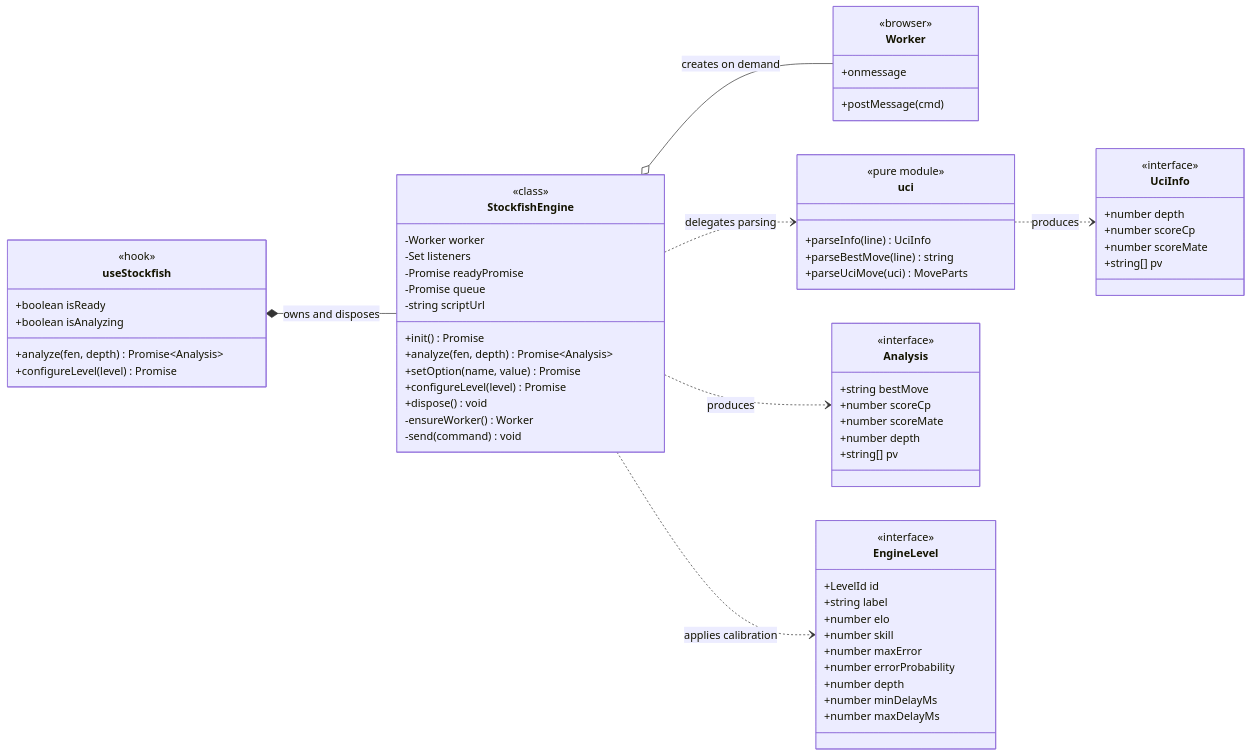
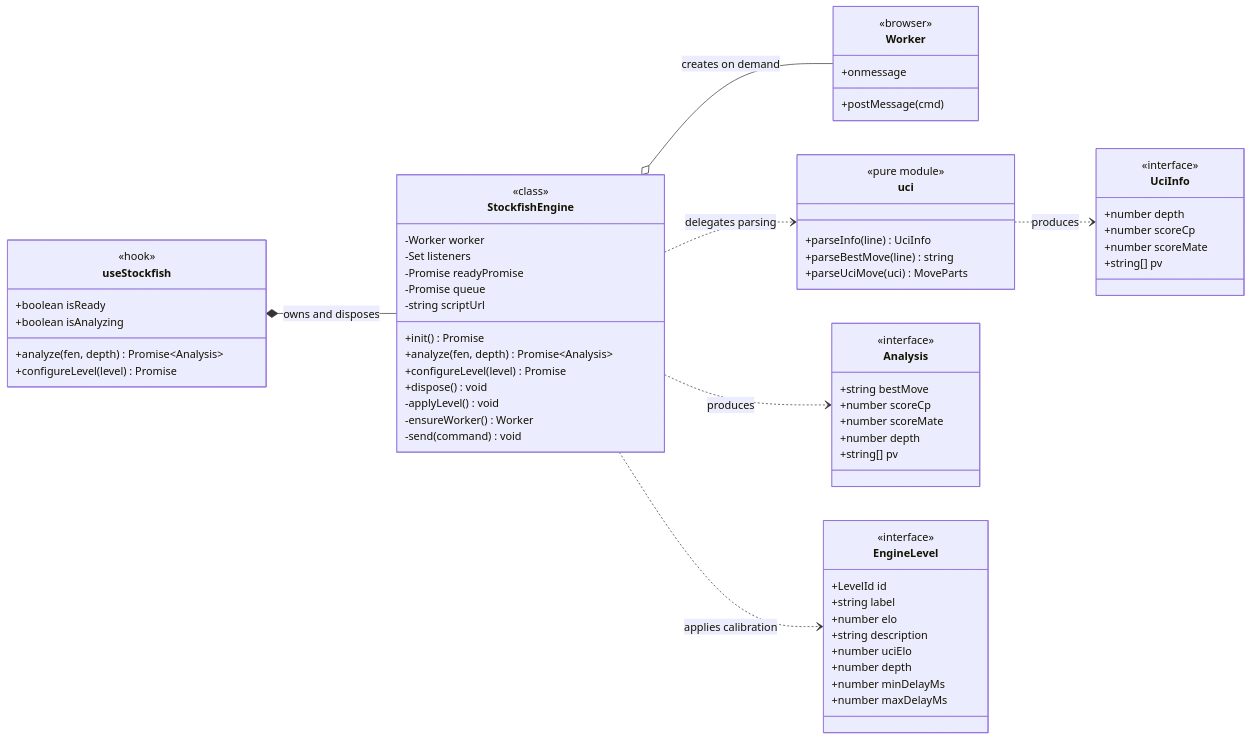
The first of 4 diagrams in docs/architecture.md (Amayyas/ChessTrainer), drawn with Mermaid before and after one commit. The commit also changed 3 other files, not shown here.

````diff
--- a/docs/architecture.md
+++ b/docs/architecture.md
@@ -33,78 +33,77 @@
 ```mermaid
 classDiagram
     direction LR
 
     class StockfishEngine {
         <<class>>
         -Worker worker
         -Set listeners
         -Promise readyPromise
         -Promise queue
         -string scriptUrl
         +init() Promise
         +analyze(fen, depth) Promise~Analysis~
-        +setOption(name, value) Promise
         +configureLevel(level) Promise
         +dispose() void
+        -applyLevel() void
         -ensureWorker() Worker
         -send(command) void
     }
 
     class Worker {
         <<browser>>
         +postMessage(cmd)
         +onmessage
     }
 
     class uci {
         <<pure module>>
         +parseInfo(line) UciInfo
         +parseBestMove(line) string
         +parseUciMove(uci) MoveParts
     }
 
     class UciInfo {
         <<interface>>
         +number depth
         +number scoreCp
         +number scoreMate
         +string[] pv
     }
 
     class Analysis {
         <<interface>>
         +string bestMove
         +number scoreCp
         +number scoreMate
         +number depth
         +string[] pv
     }
 
     class EngineLevel {
         <<interface>>
         +LevelId id
         +string label
         +number elo
-        +number skill
-        +number maxError
-        +number errorProbability
+        +string description
+        +number uciElo
         +number depth
         +number minDelayMs
         +number maxDelayMs
     }
 
     class useStockfish {
         <<hook>>
         +boolean isReady
         +boolean isAnalyzing
         +analyze(fen, depth) Promise~Analysis~
         +configureLevel(level) Promise
     }
 
     useStockfish *-- StockfishEngine : owns and disposes
     StockfishEngine o-- Worker : creates on demand
     StockfishEngine ..> uci : delegates parsing
     uci ..> UciInfo : produces
     StockfishEngine ..> Analysis : produces
     StockfishEngine ..> EngineLevel : applies calibration
 ```
````
